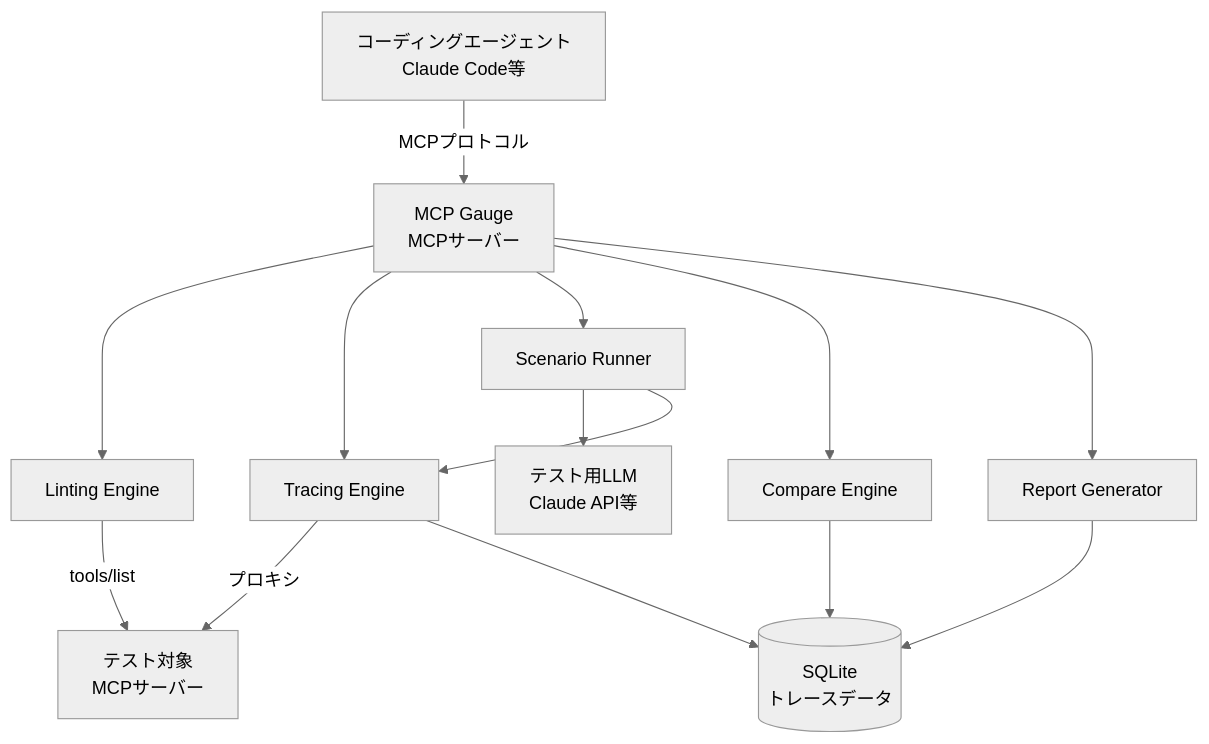
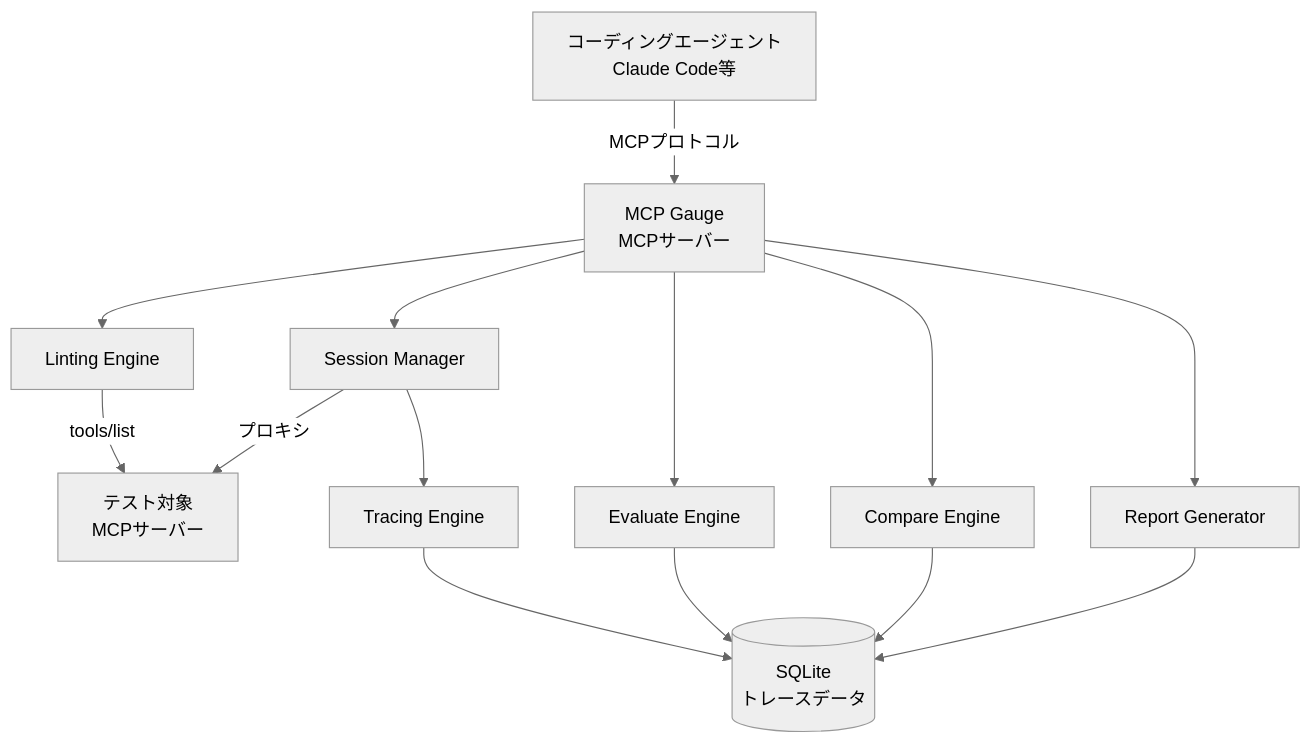
Before and after one commit to sogawa-yk/mcp-gauge: the first of 5 diagrams in docs/functional-design.md, drawn with Mermaid (neutral theme). The commit also changed other lines of this file and 17 other files, not shown here.

First line of the commit message:
refactor: migrate to proxy architecture, remove anthropic SDK dependency

````diff
--- a/docs/functional-design.md
+++ b/docs/functional-design.md
@@ -5,28 +5,28 @@
 ```mermaid
 graph TB
     Agent[コーディングエージェント<br/>Claude Code等]
     GaugeMCP[MCP Gauge<br/>MCPサーバー]
     LintEngine[Linting Engine]
+    SessionManager[Session Manager]
+    EvaluateEngine[Evaluate Engine]
     TraceEngine[Tracing Engine]
-    ScenarioRunner[Scenario Runner]
     CompareEngine[Compare Engine]
     ReportGenerator[Report Generator]
     TargetMCP[テスト対象<br/>MCPサーバー]
-    TestLLM[テスト用LLM<br/>Claude API等]
     Storage[(SQLite<br/>トレースデータ)]
 
     Agent -->|MCPプロトコル| GaugeMCP
     GaugeMCP --> LintEngine
-    GaugeMCP --> TraceEngine
-    GaugeMCP --> ScenarioRunner
+    GaugeMCP --> SessionManager
+    GaugeMCP --> EvaluateEngine
     GaugeMCP --> CompareEngine
     GaugeMCP --> ReportGenerator
 
     LintEngine -->|tools/list| TargetMCP
-    TraceEngine -->|プロキシ| TargetMCP
-    ScenarioRunner --> TestLLM
-    ScenarioRunner --> TraceEngine
+    SessionManager -->|プロキシ| TargetMCP
+    SessionManager --> TraceEngine
+    EvaluateEngine --> Storage
     CompareEngine --> Storage
     ReportGenerator --> Storage
     TraceEngine --> Storage
 ```
````
